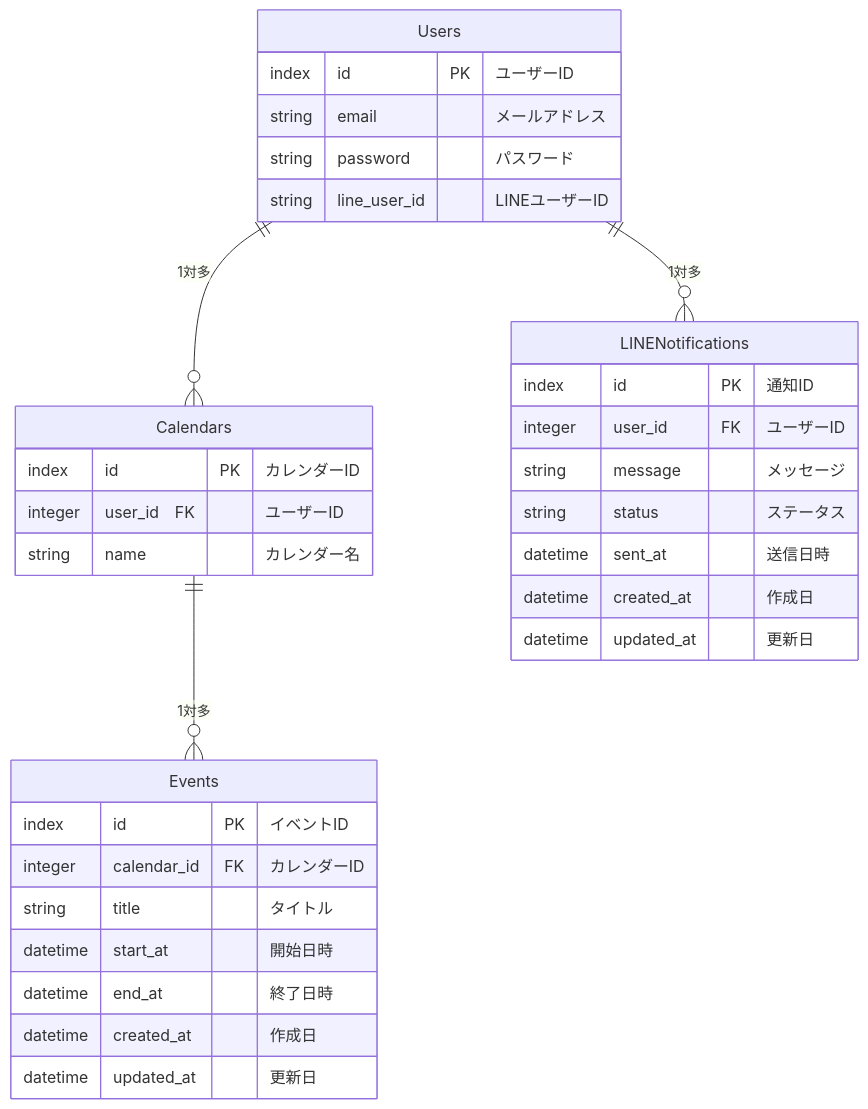
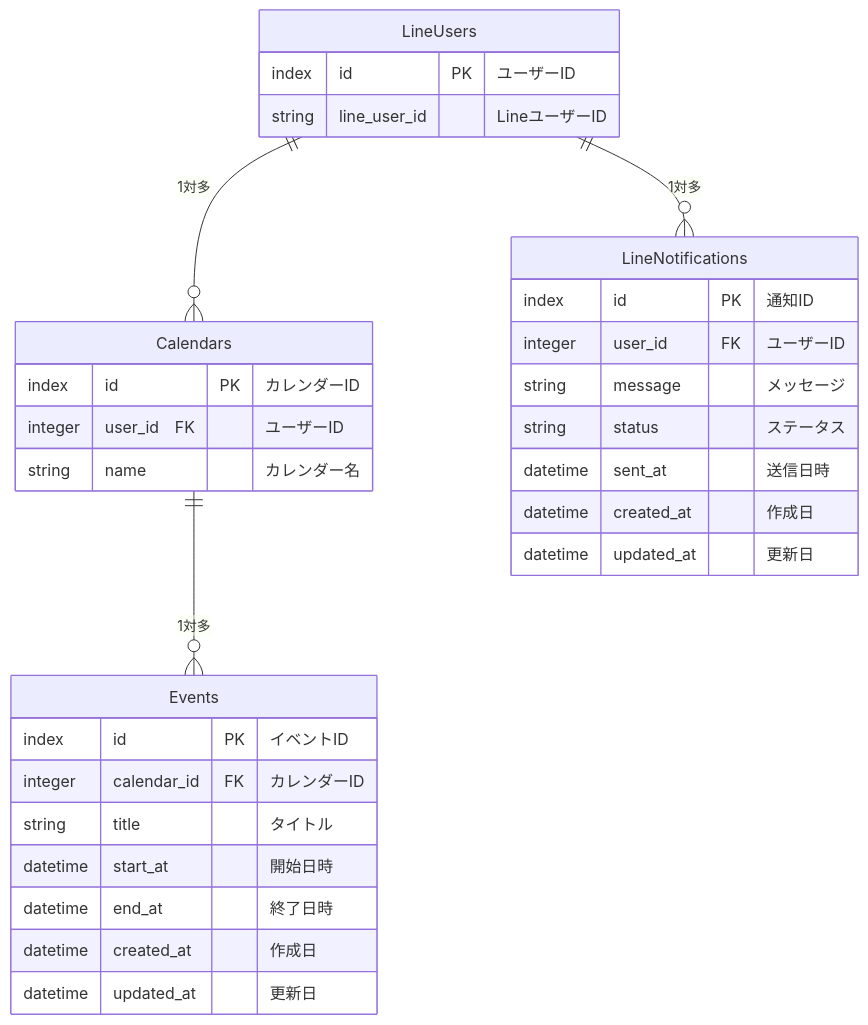
Before and after one commit to miyaki2003/README: the diagram in mermaid.md, drawn with Mermaid. The commit also changed 21 other files, not shown here.

````diff
--- a/mermaid.md
+++ b/mermaid.md
@@ -1,39 +1,37 @@
 ```mermaid
 erDiagram
-  Users ||--o{ Calendars : "1対多"
+  LineUsers ||--o{ Calendars : "1対多"
   Calendars ||--o{ Events : "1対多"
-  Users ||--o{ LINENotifications : "1対多"
+  LineUsers ||--o{ LineNotifications : "1対多"
 
-    Users {
+    LineUsers {
       index id PK "ユーザーID"
-      string email "メールアドレス"
-      string password "パスワード"
-      string line_user_id "LINEユーザーID"
+      string line_user_id "LineユーザーID"
     }
 
     Calendars {
       index id PK "カレンダーID"
       integer user_id　FK "ユーザーID"
       string name "カレンダー名"
     }
 
     Events {
       index id PK "イベントID"
       integer calendar_id FK "カレンダーID"
       string title "タイトル"
       datetime start_at "開始日時"
       datetime end_at "終了日時"
       datetime created_at "作成日"
       datetime updated_at "更新日"
   }
 
-    LINENotifications {
+    LineNotifications {
       index id PK "通知ID"
       integer user_id FK "ユーザーID"
       string message "メッセージ"
       string status "ステータス"
       datetime sent_at "送信日時"
       datetime created_at "作成日"
       datetime updated_at "更新日"
     }
 ```
````
